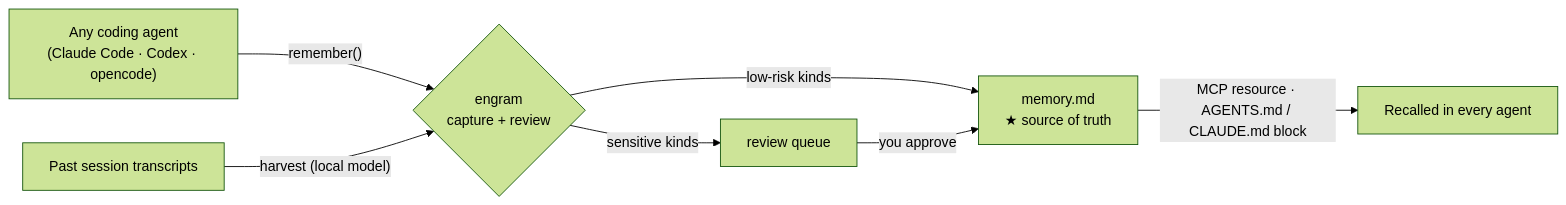
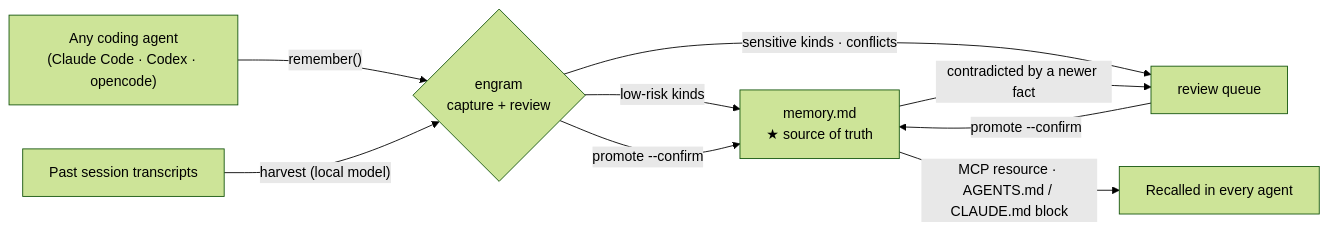
Before and after one commit to xantorres/engram: the diagram in README.md, drawn with Mermaid (forest theme). The commit also changed other lines of this file, not shown here.

````diff
--- a/README.md
+++ b/README.md
@@ -17,10 +17,12 @@
 ```mermaid
 flowchart LR
     A["Any coding agent<br/>(Claude Code · Codex · opencode)"] -- "remember()" --> C
     T["Past session transcripts"] -- "harvest (local model)" --> C
     C{"engram<br/>capture + review"}
     C -- "low-risk kinds" --> M["memory.md<br/>★ source of truth"]
-    C -- "sensitive kinds" --> Q["review queue"]
-    Q -- "you approve" --> M
+    C -- "sensitive kinds · conflicts" --> Q["review queue"]
+    Q -- "promote --confirm" --> M
+    C -- "promote --confirm" --> M
+    M -- "contradicted by a newer fact" --> Q
     M -- "MCP resource · AGENTS.md / CLAUDE.md block" --> R["Recalled in every agent"]
 ```
````
